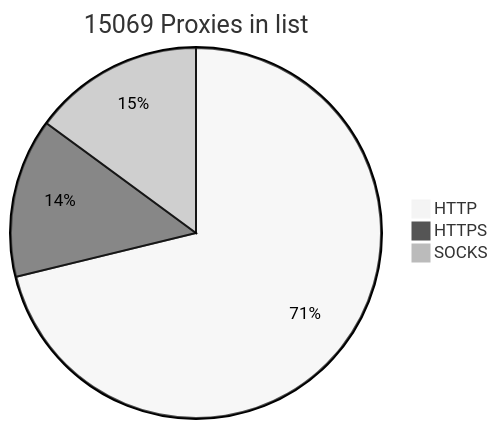
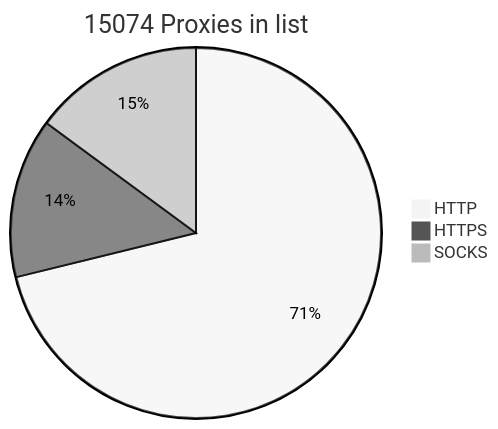
The diagram in README.md (BlackSnowDot/proxylist-update-every-minute), drawn with Mermaid (neutral theme) before and after one commit.

````diff
--- a/README.md
+++ b/README.md
@@ -2,6 +2,6 @@
 ```mermaid
-pie title 15069 Proxies in list
+pie title 15074 Proxies in list
     "HTTP" : 11232
-    "HTTPS": 2191
+    "HTTPS": 2198
     "SOCKS" : 2353
 ```
````
